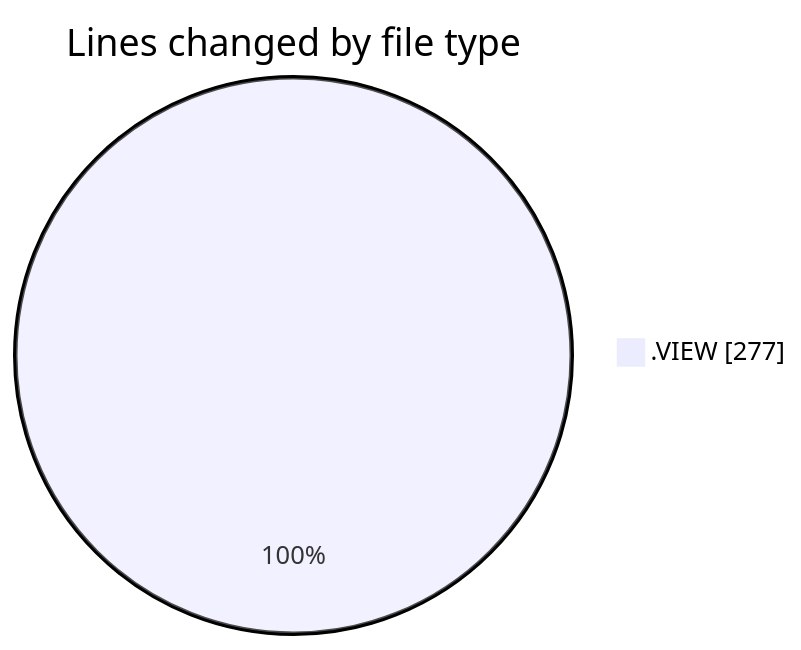
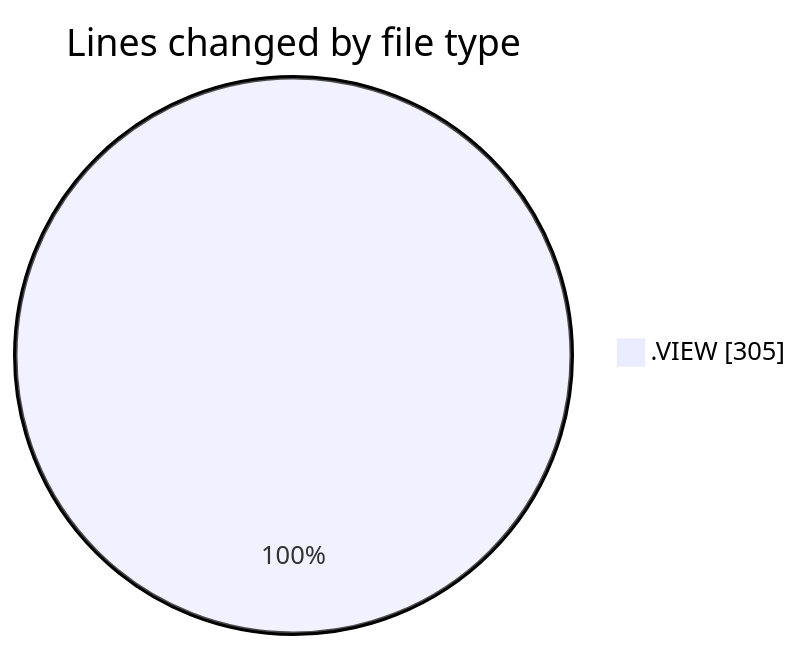
One commit to ricardozamudiocil/code-tracking changed the first of 2 diagrams in 2026-03-13/objetosbd/README.md. Above: the diagram before and after it, drawn with Mermaid. The commit also changed other lines of this file and 1 other file, not shown here.

````diff
--- a/2026-03-13/objetosbd/README.md
+++ b/2026-03-13/objetosbd/README.md
@@ -22,5 +22,5 @@
 ```mermaid
 pie showData
 title Lines changed by file type
-".VIEW" : 277
+".VIEW" : 305
 ```
````
